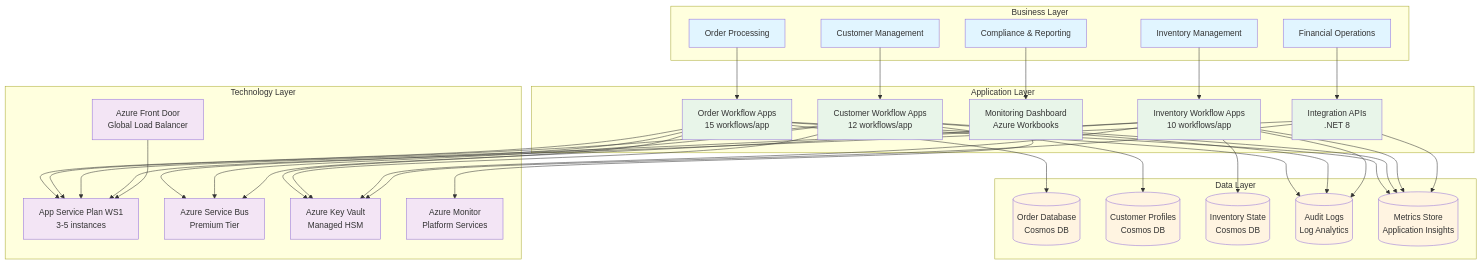
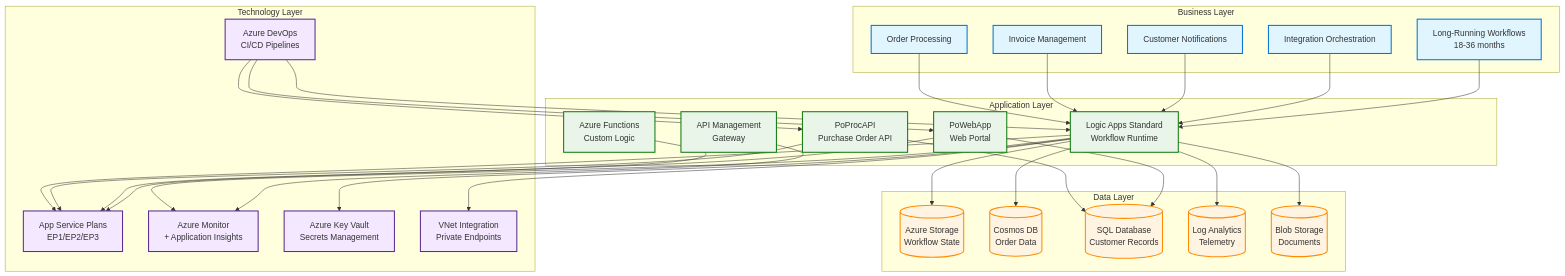
Before and after one commit to Evilazaro/Azure-LogicApps-Monitoring: the first of 4 diagrams in README.md, drawn with Mermaid. The commit also changed other lines of this file, not shown here.

````diff
--- a/README.md
+++ b/README.md
@@ -176,74 +317,70 @@
 ```mermaid
 graph TB
     subgraph "Business Layer"
         B1[Order Processing]
-        B2[Customer Management]
-        B3[Inventory Management]
-        B4[Financial Operations]
-        B5[Compliance & Reporting]
+        B2[Invoice Management]
+        B3[Customer Notifications]
+        B4[Integration Orchestration]
+        B5[Long-Running Workflows<br/>18-36 months]
     end
-
+    
     subgraph "Data Layer"
-        D1[(Order Database<br/>Cosmos DB)]
-        D2[(Customer Profiles<br/>Cosmos DB)]
-        D3[(Inventory State<br/>Cosmos DB)]
-        D4[(Audit Logs<br/>Log Analytics)]
-        D5[(Metrics Store<br/>Application Insights)]
+        D1[(Azure Storage<br/>Workflow State)]
+        D2[(Cosmos DB<br/>Order Data)]
+        D3[(SQL Database<br/>Customer Records)]
+        D4[(Log Analytics<br/>Telemetry)]
+        D5[(Blob Storage<br/>Documents)]
     end
-
+    
     subgraph "Application Layer"
-        A1[Order Workflow Apps<br/>15 workflows/app]
-        A2[Customer Workflow Apps<br/>12 workflows/app]
-        A3[Inventory Workflow Apps<br/>10 workflows/app]
-        A4[Integration APIs<br/>.NET 8]
-        A5[Monitoring Dashboard<br/>Azure Workbooks]
+        A1[Logic Apps Standard<br/>Workflow Runtime]
+        A2[PoProcAPI<br/>Purchase Order API]
+        A3[PoWebApp<br/>Web Portal]
+        A4[Azure Functions<br/>Custom Logic]
+        A5[API Management<br/>Gateway]
     end
-
+    
     subgraph "Technology Layer"
-        T1[App Service Plan WS1<br/>3-5 instances]
-        T2[Azure Service Bus<br/>Premium Tier]
-        T3[Azure Key Vault<br/>Managed HSM]
-        T4[Azure Monitor<br/>Platform Services]
-        T5[Azure Front Door<br/>Global Load Balancer]
+        T1[App Service Plans<br/>EP1/EP2/EP3]
+        T2[Azure Monitor<br/>+ Application Insights]
+        T3[Azure Key Vault<br/>Secrets Management]
+        T4[VNet Integration<br/>Private Endpoints]
+        T5[Azure DevOps<br/>CI/CD Pipelines]
     end
-
+    
     B1 --> A1
-    B2 --> A2
-    B3 --> A3
-    B4 --> A4
-    B5 --> A5
-
+    B2 --> A1
+    B3 --> A1
+    B4 --> A1
+    B5 --> A1
+    
     A1 --> D1
-    A2 --> D2
+    A1 --> D2
+    A2 --> D3
     A3 --> D3
-    A1 & A2 & A3 --> D4
-    A1 & A2 & A3 & A4 --> D5
-
-    A1 & A2 & A3 --> T1
-    A1 & A2 & A3 --> T2
+    A1 --> D4
+    A1 --> D5
+    
+    A1 --> T1
+    A2 --> T1
+    A3 --> T1
     A4 --> T1
-    A1 & A2 & A3 & A4 --> T3
-    A5 --> T4
-    T5 --> T1
-
-    style B1 fill:#e1f5ff
-    style B2 fill:#e1f5ff
-    style B3 fill:#e1f5ff
-    style B4 fill:#e1f5ff
-    style B5 fill:#e1f5ff
-    style D1 fill:#fff4e1
-    style D2 fill:#fff4e1
-    style D3 fill:#fff4e1
-    style D4 fill:#fff4e1
-    style D5 fill:#fff4e1
-    style A1 fill:#e8f5e9
-    style A2 fill:#e8f5e9
-    style A3 fill:#e8f5e9
-    style A4 fill:#e8f5e9
-    style A5 fill:#e8f5e9
-    style T1 fill:#f3e5f5
-    style T2 fill:#f3e5f5
-    style T3 fill:#f3e5f5
-    style T4 fill:#f3e5f5
-    style T5 fill:#f3e5f5
+    A1 --> T2
+    A5 --> T2
+    A1 --> T3
+    A1 --> T4
+    
+    T5 --> A1
+    T5 --> A2
+    T5 --> A3
+    
+    classDef businessClass fill:#e1f5ff,stroke:#0078d4,stroke-width:2px
+    classDef dataClass fill:#fff4e1,stroke:#ff8c00,stroke-width:2px
+    classDef appClass fill:#e8f5e8,stroke:#107c10,stroke-width:2px
+    classDef techClass fill:#f3e8ff,stroke:#5c2d91,stroke-width:2px
+    
+    class B1,B2,B3,B4,B5 businessClass
+    class D1,D2,D3,D4,D5 dataClass
+    class A1,A2,A3,A4,A5 appClass
+    class T1,T2,T3,T4,T5 techClass
 ```
````
